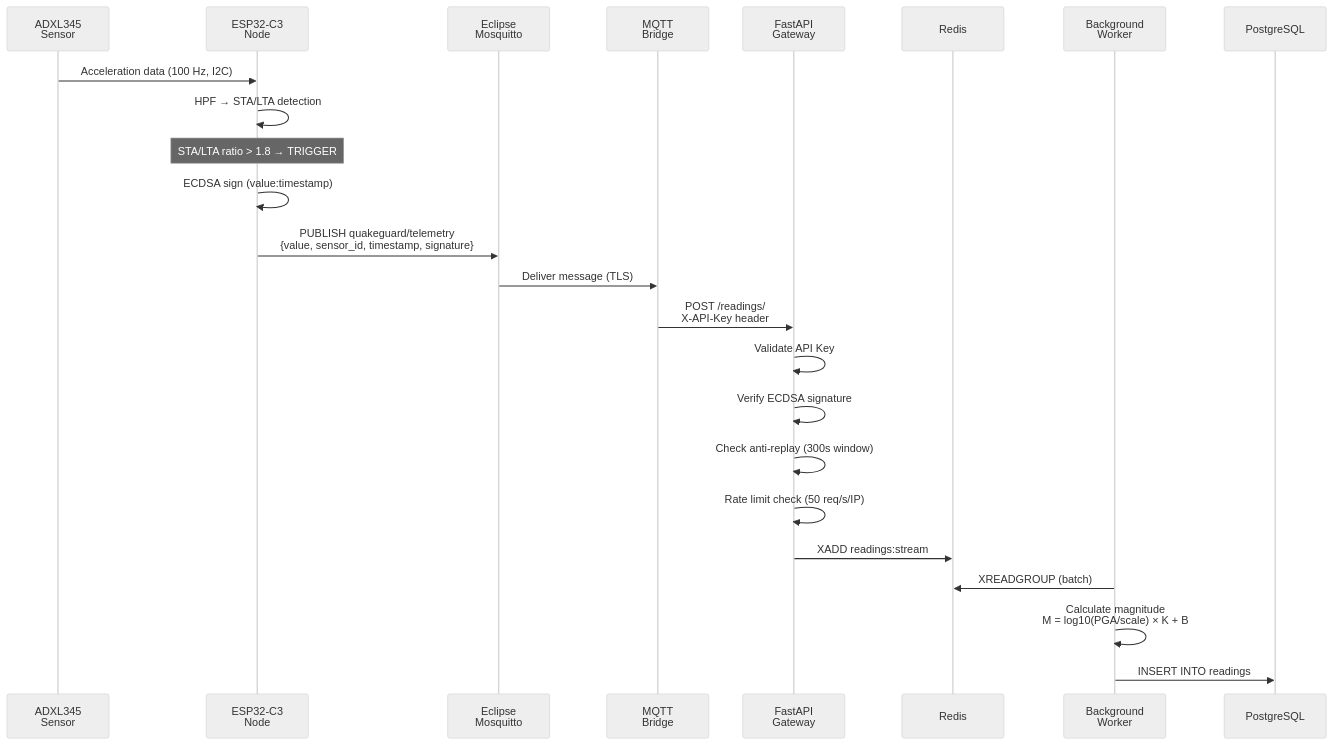
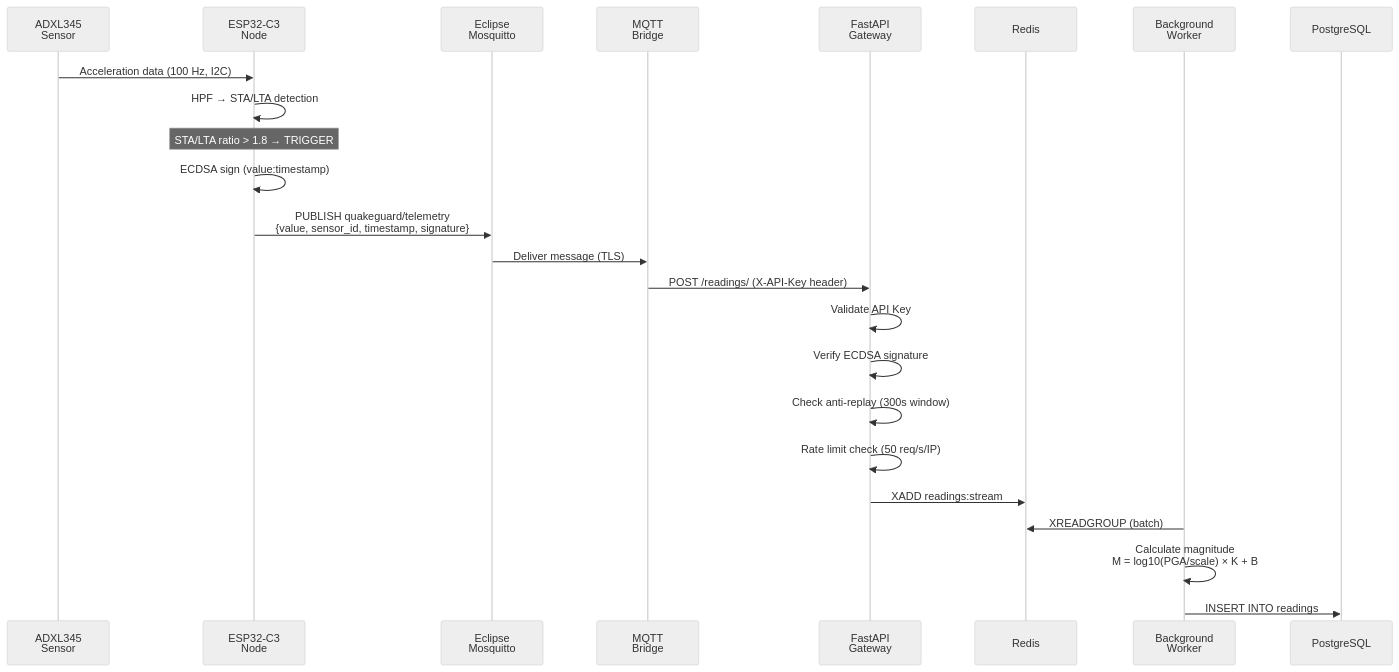
Before and after one commit to GiZano/QuakeGuard: the first of 2 diagrams in docs/diagrams/sequence-alert-delivery.md, drawn with Mermaid (neutral theme). The commit also changed other lines of this file and 14 other files, not shown here.

Commit message:
docs(whitepaper): apply fixed-size diagrams and prevent pdf page overflow

````diff
--- a/docs/diagrams/sequence-alert-delivery.md
+++ b/docs/diagrams/sequence-alert-delivery.md
@@ -5,33 +14,33 @@
 ```mermaid
-%%{init: {"sequence": {"actorFontSize": 20, "messageFontSize": 18, "noteFontSize": 18}}}%%
+%%{init: {"sequence": {"actorFontSize": 22, "messageFontSize": 20, "noteFontSize": 20, "actorMargin": 45, "messageMargin": 18, "boxMargin": 5, "boxTextMargin": 4, "noteMargin": 7, "diagramMarginX": 15, "diagramMarginY": 6}}}%%
 sequenceDiagram
     participant ADXL as ADXL345<br/>Sensor
     participant ESP as ESP32-C3<br/>Node
     participant MQTT as Eclipse<br/>Mosquitto
     participant Bridge as MQTT<br/>Bridge
     participant API as FastAPI<br/>Gateway
     participant Redis as Redis
     participant Worker as Background<br/>Worker
     participant DB as PostgreSQL
 
     ADXL->>ESP: Acceleration data (100 Hz, I2C)
     ESP->>ESP: HPF → STA/LTA detection
     Note over ESP: STA/LTA ratio > 1.8 → TRIGGER
 
     ESP->>ESP: ECDSA sign (value:timestamp)
     ESP->>MQTT: PUBLISH quakeguard/telemetry<br/>{value, sensor_id, timestamp, signature}
 
     MQTT->>Bridge: Deliver message (TLS)
-    Bridge->>API: POST /readings/<br/>X-API-Key header
+    Bridge->>API: POST /readings/ (X-API-Key header)
 
     API->>API: Validate API Key
     API->>API: Verify ECDSA signature
     API->>API: Check anti-replay (300s window)
     API->>API: Rate limit check (50 req/s/IP)
 
     API->>Redis: XADD readings:stream
 
     Worker->>Redis: XREADGROUP (batch)
     Worker->>Worker: Calculate magnitude<br/>M = log10(PGA/scale) × K + B
     Worker->>DB: INSERT INTO readings
 ```
````
